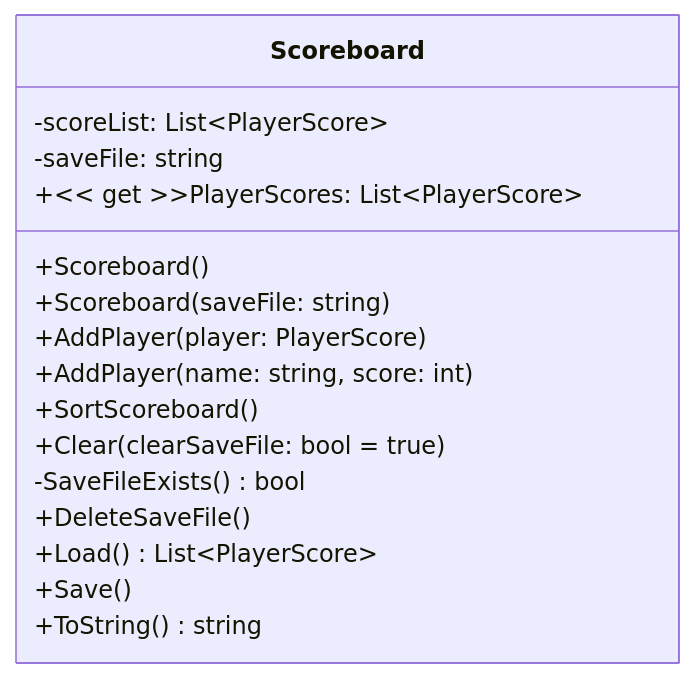
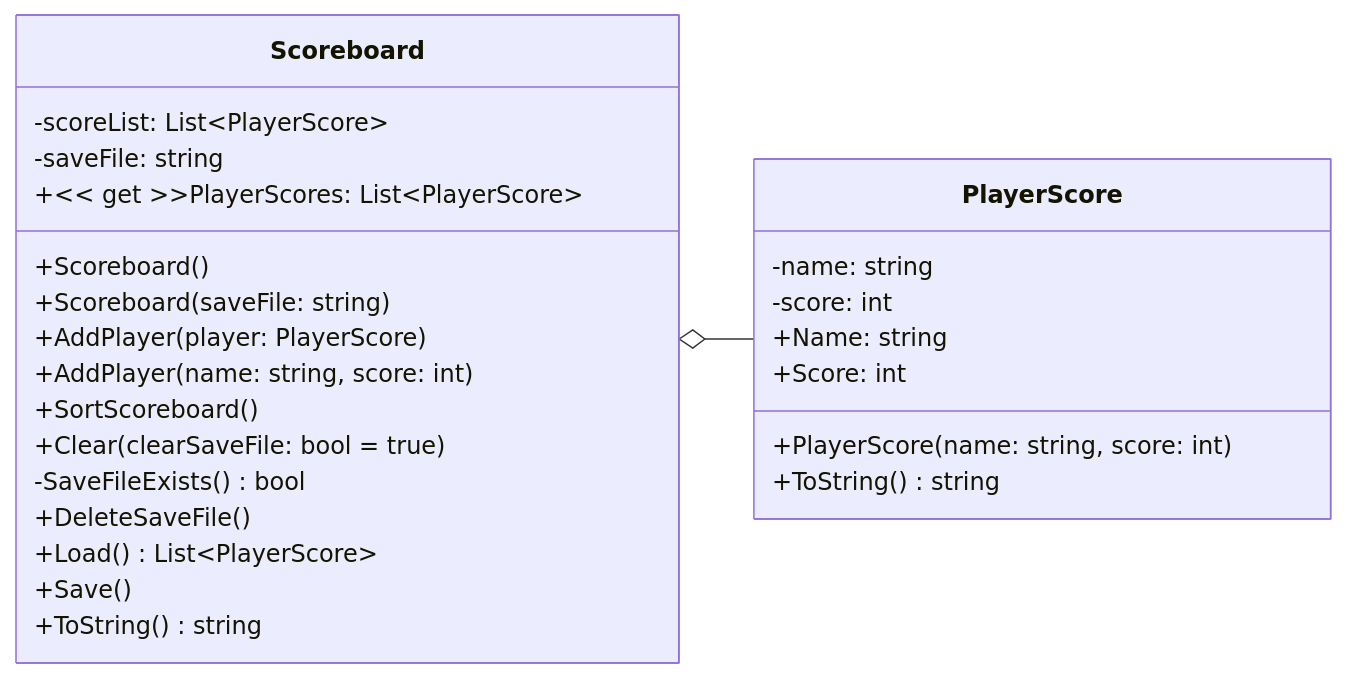
One commit to SimonStnn/questionnaire changed the second of 2 diagrams in README.md. Above: the diagram before and after it, drawn with Mermaid.

Commit message:
Add PlayerScore class UML

````diff
--- a/README.md
+++ b/README.md
@@ -105,20 +105,31 @@
 ```mermaid
 classDiagram
-direction LR
+direction RL
 class Scoreboard {
   -scoreList: List~PlayerScore~
   -saveFile: string
   +<< get >>PlayerScores: List~PlayerScore~
   +Scoreboard()
   +Scoreboard(saveFile: string)
   +AddPlayer(player: PlayerScore)
   +AddPlayer(name: string, score: int)
   +SortScoreboard()
   +Clear(clearSaveFile: bool = true)
   -SaveFileExists() bool
   +DeleteSaveFile()
   +Load() List~PlayerScore~
   +Save()
   +ToString() string
 }
+
+class PlayerScore {
+  -name: string
+  -score: int
+  +Name: string
+  +Score: int
+  +PlayerScore(name: string, score: int)
+  +ToString() string
+}
+
+PlayerScore --o Scoreboard
 ```
````
